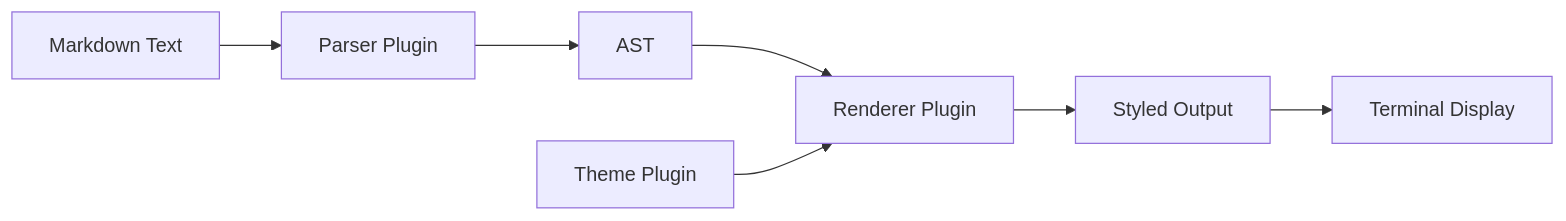
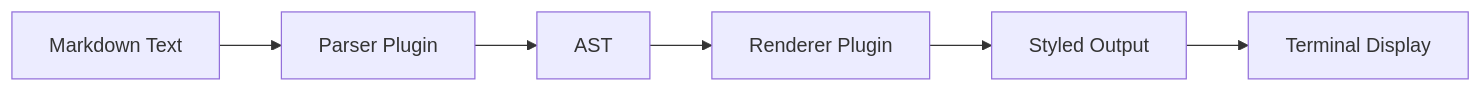
The second of 2 diagrams in SPEC.md (ofriw/mde), drawn with Mermaid before and after one commit. The commit also changed other lines of this file and 4 other files, not shown here.

````diff
--- a/SPEC.md
+++ b/SPEC.md
@@ -154,10 +137,9 @@
 ```mermaid
 graph LR
     A[Markdown Text] --> B[Parser Plugin]
     B --> C[AST]
     C --> D[Renderer Plugin]
     D --> E[Styled Output]
     E --> F[Terminal Display]
     
-    G[Theme Plugin] --> D
 ```
````
